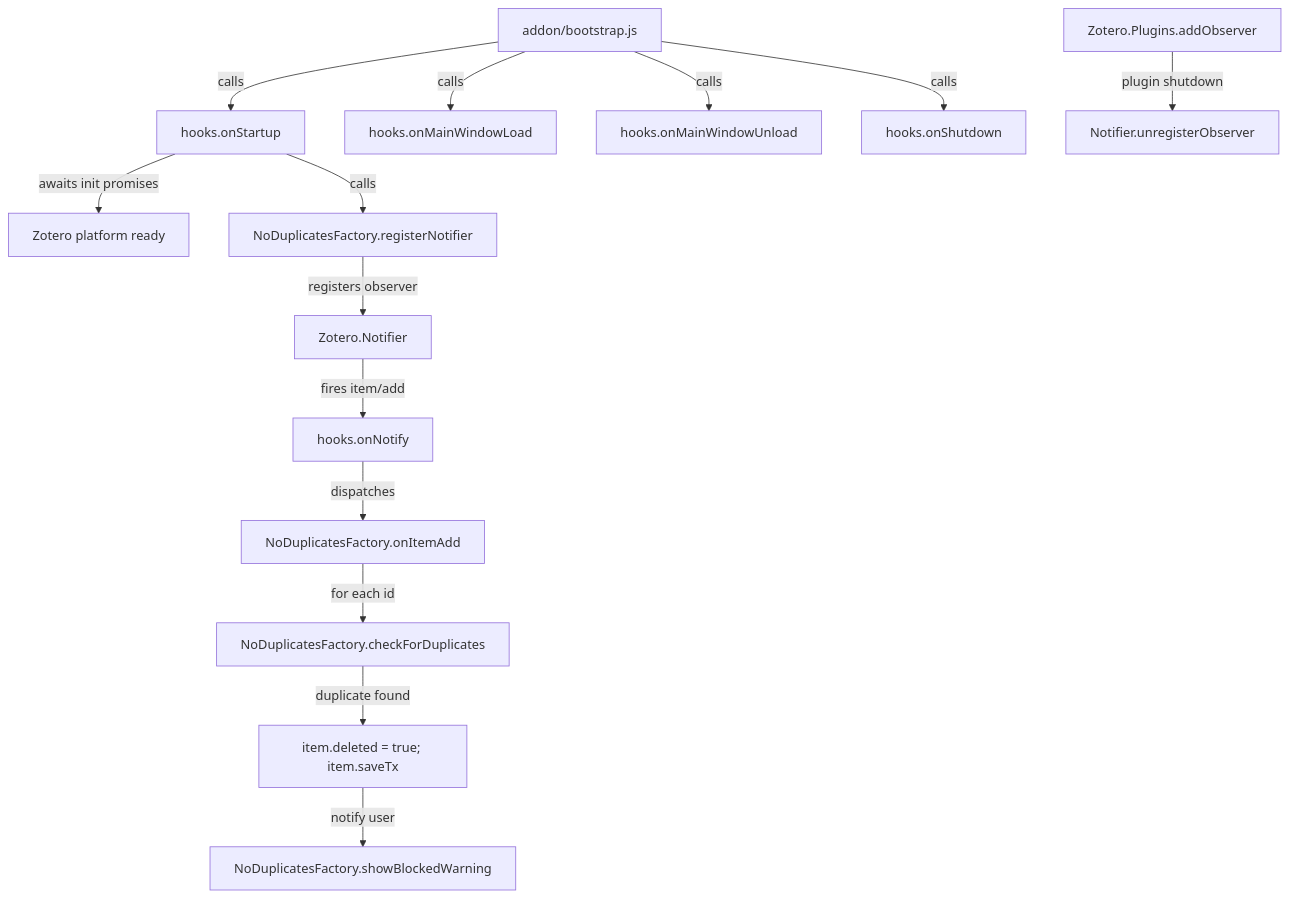
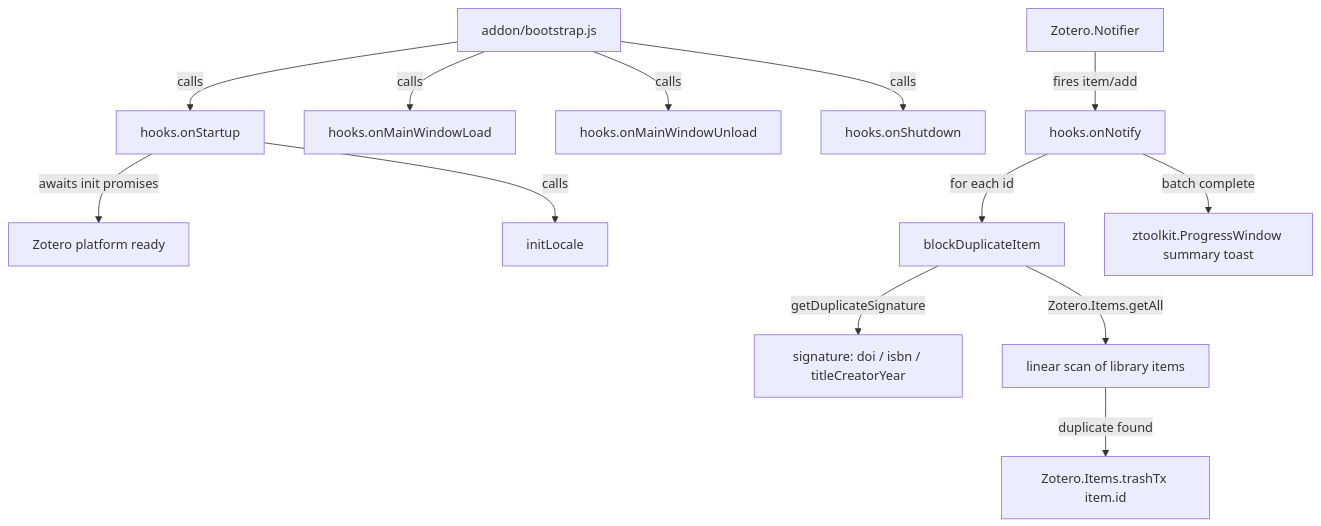
Before and after one commit to CommanderPho/zotero-plugin-noduplicates: the first of 3 diagrams in .kiro/specs/zotero-duplicate-import-blocker/design.md, drawn with Mermaid. The commit also changed other lines of this file and 8 other files, not shown here.

````diff
--- a/.kiro/specs/zotero-duplicate-import-blocker/design.md
+++ b/.kiro/specs/zotero-duplicate-import-blocker/design.md
@@ -15,20 +15,18 @@
 ```mermaid
 graph TD
     BS[addon/bootstrap.js] -->|calls| HS[hooks.onStartup]
     BS -->|calls| HML[hooks.onMainWindowLoad]
     BS -->|calls| HMUL[hooks.onMainWindowUnload]
     BS -->|calls| HSH[hooks.onShutdown]
 
     HS -->|awaits init promises| ZP[Zotero platform ready]
-    HS -->|calls| NDF_REG[NoDuplicatesFactory.registerNotifier]
+    HS -->|calls| IL[initLocale]
 
-    NDF_REG -->|registers observer| ZN[Zotero.Notifier]
-    ZN -->|fires item/add| ON[hooks.onNotify]
-    ON -->|dispatches| NIAF[NoDuplicatesFactory.onItemAdd]
+    ZN[Zotero.Notifier] -->|fires item/add| ON[hooks.onNotify]
+    ON -->|for each id| BDI[blockDuplicateItem]
 
-    NIAF -->|for each id| CHK[NoDuplicatesFactory.checkForDuplicates]
-    CHK -->|duplicate found| TRASH[item.deleted = true; item.saveTx]
-    TRASH -->|notify user| TOAST[NoDuplicatesFactory.showBlockedWarning]
-
-    ZPO[Zotero.Plugins.addObserver] -->|plugin shutdown| UNR[Notifier.unregisterObserver]
+    BDI -->|getDuplicateSignature| SIG[signature: doi / isbn / titleCreatorYear]
+    BDI -->|Zotero.Items.getAll| SCAN[linear scan of library items]
+    SCAN -->|duplicate found| TRASH[Zotero.Items.trashTx item.id]
+    ON -->|batch complete| TOAST[ztoolkit.ProgressWindow summary toast]
 ```
````
